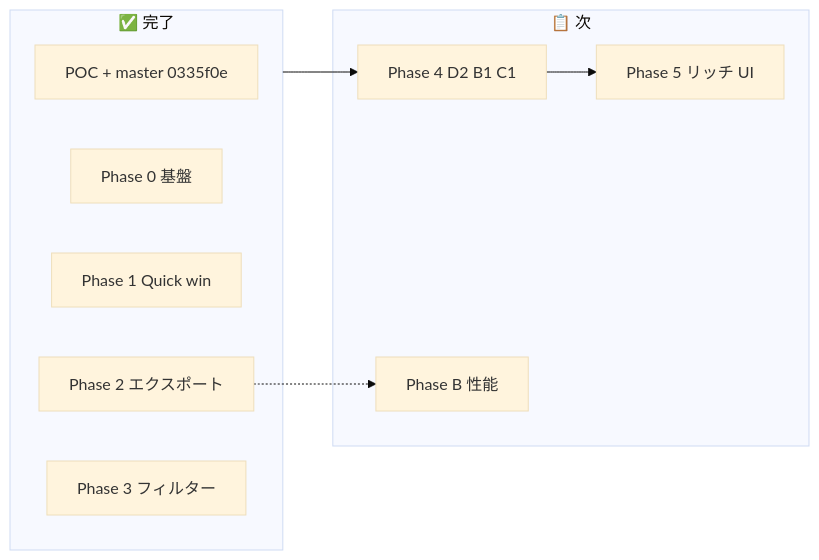
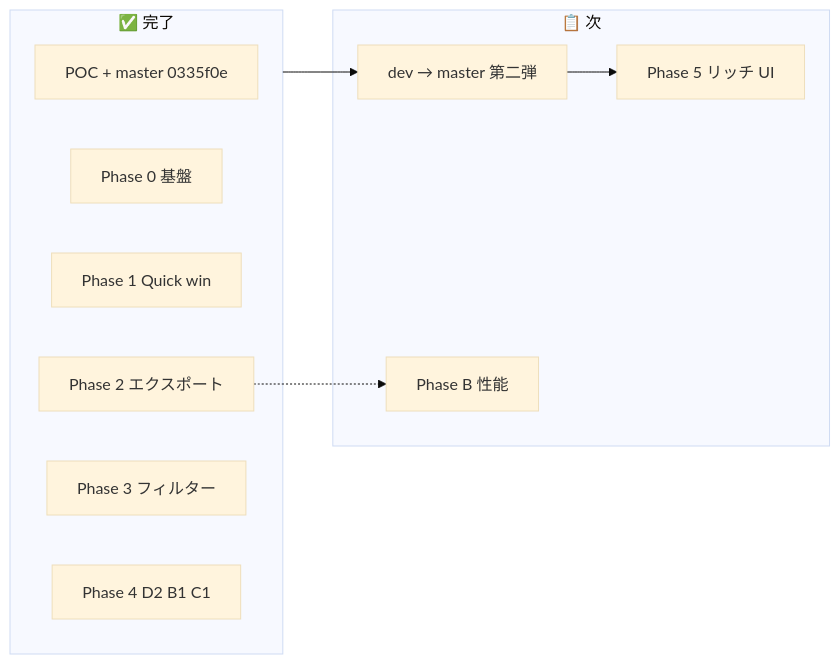
The diagram in docs/工程進捗.md (soramimi6/LiveChatScope), drawn with Mermaid (base theme) before and after one commit. The commit also changed other lines of this file and 1 other file, not shown here.

Commit message:
docs: reflect Phase 0-4 completion on dev @ c094e25

````diff
--- a/docs/工程進捗.md
+++ b/docs/工程進捗.md
@@ -11,17 +11,18 @@
 ```mermaid
 flowchart LR
   subgraph DONE["✅ 完了"]
     POC[POC + master 0335f0e]
     P0[Phase 0 基盤]
     P1[Phase 1 Quick win]
     P2[Phase 2 エクスポート]
     P3[Phase 3 フィルター]
+    P4[Phase 4 D2 B1 C1]
   end
   subgraph NEXT["📋 次"]
-    P4[Phase 4 D2 B1 C1]
+    REL[dev → master 第二弾]
     P5[Phase 5 リッチ UI]
     PB[Phase B 性能]
   end
-  DONE --> P4 --> P5
+  DONE --> REL --> P5
   P2 -.-> PB
 ```
````
